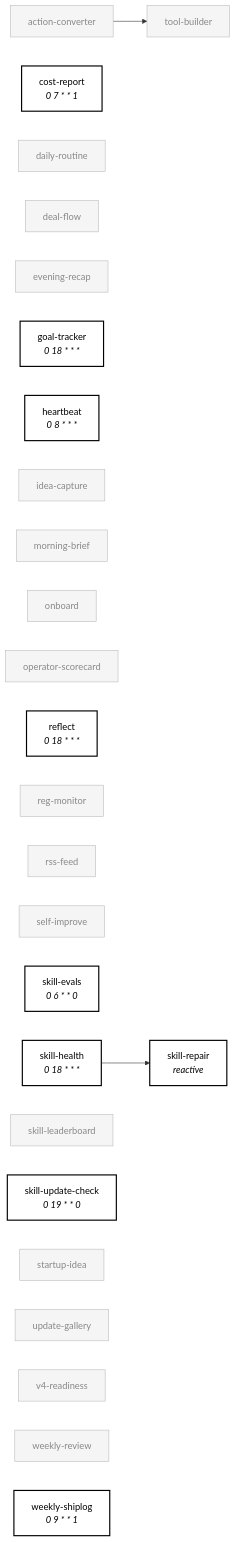
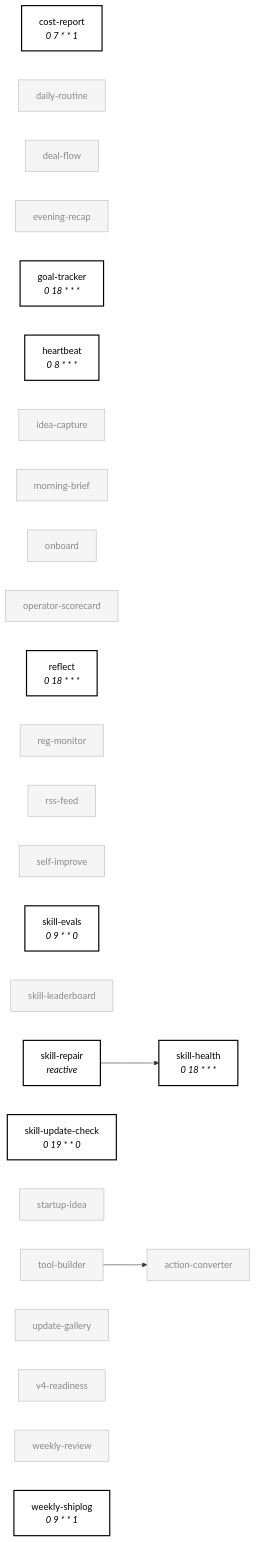
One commit to swarm-ai-research/aeon changed the seventh of 8 diagrams in docs/skill-graph.md. Above: the diagram before and after it, drawn with Mermaid. The commit also changed other lines of this file and 1 other file, not shown here.

First line of the commit message:
docs(skill-graph): regenerate map (ARCHITECTURE_INITIAL — 172 skills, 43 enabled, first mapping)

````diff
--- a/docs/skill-graph.md
+++ b/docs/skill-graph.md
@@ -376,62 +491,86 @@
 ```mermaid
 flowchart LR
-    classDef enabled fill:#fff,stroke:#000,stroke-width:2px,color:#000
-    classDef disabled fill:#f5f5f5,stroke:#bbb,color:#888
-    classDef external fill:none,stroke:#bbb,stroke-dasharray:3 3,color:#888
-    action-converter["action-converter"]
-    cost-report["cost-report<br/><i>0 7 * * 1</i>"]
-    daily-routine["daily-routine"]
-    deal-flow["deal-flow"]
-    evening-recap["evening-recap"]
-    goal-tracker["goal-tracker<br/><i>0 18 * * *</i>"]
-    heartbeat["heartbeat<br/><i>0 8 * * *</i>"]
-    idea-capture["idea-capture"]
-    morning-brief["morning-brief"]
-    onboard["onboard"]
-    operator-scorecard["operator-scorecard"]
-    reflect["reflect<br/><i>0 18 * * *</i>"]
-    reg-monitor["reg-monitor"]
-    rss-feed["rss-feed"]
-    self-improve["self-improve"]
-    skill-evals["skill-evals<br/><i>0 6 * * 0</i>"]
-    skill-health["skill-health<br/><i>0 18 * * *</i>"]
-    skill-leaderboard["skill-leaderboard"]
-    skill-repair["skill-repair<br/><i>reactive</i>"]
-    skill-update-check["skill-update-check<br/><i>0 19 * * 0</i>"]
-    startup-idea["startup-idea"]
-    tool-builder["tool-builder"]
-    update-gallery["update-gallery"]
-    v4-readiness["v4-readiness"]
-    weekly-review["weekly-review"]
-    weekly-shiplog["weekly-shiplog<br/><i>0 9 * * 1</i>"]
-    action-converter --> tool-builder
-    skill-health --> skill-repair
-    click action-converter "../skills/action-converter/SKILL.md"
-    click cost-report "../skills/cost-report/SKILL.md"
-    click daily-routine "../skills/daily-routine/SKILL.md"
-    click deal-flow "../skills/deal-flow/SKILL.md"
-    click evening-recap "../skills/evening-recap/SKILL.md"
-    click goal-tracker "../skills/goal-tracker/SKILL.md"
-    click heartbeat "../skills/heartbeat/SKILL.md"
-    click idea-capture "../skills/idea-capture/SKILL.md"
-    click morning-brief "../skills/morning-brief/SKILL.md"
-    click onboard "../skills/onboard/SKILL.md"
-    click operator-scorecard "../skills/operator-scorecard/SKILL.md"
-    click reflect "../skills/reflect/SKILL.md"
-    click reg-monitor "../skills/reg-monitor/SKILL.md"
-    click rss-feed "../skills/rss-feed/SKILL.md"
-    click self-improve "../skills/self-improve/SKILL.md"
-    click skill-evals "../skills/skill-evals/SKILL.md"
-    click skill-health "../skills/skill-health/SKILL.md"
-    click skill-leaderboard "../skills/skill-leaderboard/SKILL.md"
-    click skill-repair "../skills/skill-repair/SKILL.md"
-    click skill-update-check "../skills/skill-update-check/SKILL.md"
-    click startup-idea "../skills/startup-idea/SKILL.md"
-    click tool-builder "../skills/tool-builder/SKILL.md"
-    click update-gallery "../skills/update-gallery/SKILL.md"
-    click v4-readiness "../skills/v4-readiness/SKILL.md"
-    click weekly-review "../skills/weekly-review/SKILL.md"
-    click weekly-shiplog "../skills/weekly-shiplog/SKILL.md"
-    class cost-report,goal-tracker,heartbeat,reflect,skill-evals,skill-health,skill-repair,skill-update-check,weekly-shiplog enabled
-    class action-converter,daily-routine,deal-flow,evening-recap,idea-capture,morning-brief,onboard,operator-scorecard,reg-monitor,rss-feed,self-improve,skill-leaderboard,startup-idea,tool-builder,update-gallery,v4-readiness,weekly-review disabled
+  action-converter[action-converter]
+  cost-report[cost-report<br/><i>0 7 * * 1</i>]
+  daily-routine[daily-routine]
+  deal-flow[deal-flow]
+  evening-recap[evening-recap]
+  goal-tracker[goal-tracker<br/><i>0 18 * * *</i>]
+  heartbeat[heartbeat<br/><i>0 8 * * *</i>]
+  idea-capture[idea-capture]
+  morning-brief[morning-brief]
+  onboard[onboard]
+  operator-scorecard[operator-scorecard]
+  reflect[reflect<br/><i>0 18 * * *</i>]
+  reg-monitor[reg-monitor]
+  rss-feed[rss-feed]
+  self-improve[self-improve]
+  skill-evals[skill-evals<br/><i>0 9 * * 0</i>]
+  skill-health[skill-health<br/><i>0 18 * * *</i>]
+  skill-leaderboard[skill-leaderboard]
+  skill-repair[skill-repair<br/><i>reactive</i>]
+  skill-update-check[skill-update-check<br/><i>0 19 * * 0</i>]
+  startup-idea[startup-idea]
+  tool-builder[tool-builder]
+  update-gallery[update-gallery]
+  v4-readiness[v4-readiness]
+  weekly-review[weekly-review]
+  weekly-shiplog[weekly-shiplog<br/><i>0 9 * * 1</i>]
+  skill-repair --> skill-health
+  tool-builder --> action-converter
+  class action-converter disabled
+  class cost-report enabled
+  class daily-routine disabled
+  class deal-flow disabled
+  class evening-recap disabled
+  class goal-tracker enabled
+  class heartbeat enabled
+  class idea-capture disabled
+  class morning-brief disabled
+  class onboard disabled
+  class operator-scorecard disabled
+  class reflect enabled
+  class reg-monitor disabled
+  class rss-feed disabled
+  class self-improve disabled
+  class skill-evals enabled
+  class skill-health enabled
+  class skill-leaderboard disabled
+  class skill-repair enabled
+  class skill-update-check enabled
+  class startup-idea disabled
+  class tool-builder disabled
+  class update-gallery disabled
+  class v4-readiness disabled
+  class weekly-review disabled
+  class weekly-shiplog enabled
+  classDef enabled fill:#fff,stroke:#000,stroke-width:2px,color:#000
+  classDef disabled fill:#f5f5f5,stroke:#bbb,color:#888
+  classDef external fill:none,stroke:#bbb,stroke-dasharray:3 3,color:#888
+  click action-converter "../skills/action-converter/SKILL.md"
+  click cost-report "../skills/cost-report/SKILL.md"
+  click daily-routine "../skills/daily-routine/SKILL.md"
+  click deal-flow "../skills/deal-flow/SKILL.md"
+  click evening-recap "../skills/evening-recap/SKILL.md"
+  click goal-tracker "../skills/goal-tracker/SKILL.md"
+  click heartbeat "../skills/heartbeat/SKILL.md"
+  click idea-capture "../skills/idea-capture/SKILL.md"
+  click morning-brief "../skills/morning-brief/SKILL.md"
+  click onboard "../skills/onboard/SKILL.md"
+  click operator-scorecard "../skills/operator-scorecard/SKILL.md"
+  click reflect "../skills/reflect/SKILL.md"
+  click reg-monitor "../skills/reg-monitor/SKILL.md"
+  click rss-feed "../skills/rss-feed/SKILL.md"
+  click self-improve "../skills/self-improve/SKILL.md"
+  click skill-evals "../skills/skill-evals/SKILL.md"
+  click skill-health "../skills/skill-health/SKILL.md"
+  click skill-leaderboard "../skills/skill-leaderboard/SKILL.md"
+  click skill-repair "../skills/skill-repair/SKILL.md"
+  click skill-update-check "../skills/skill-update-check/SKILL.md"
+  click startup-idea "../skills/startup-idea/SKILL.md"
+  click tool-builder "../skills/tool-builder/SKILL.md"
+  click update-gallery "../skills/update-gallery/SKILL.md"
+  click v4-readiness "../skills/v4-readiness/SKILL.md"
+  click weekly-review "../skills/weekly-review/SKILL.md"
+  click weekly-shiplog "../skills/weekly-shiplog/SKILL.md"
 ```
````
